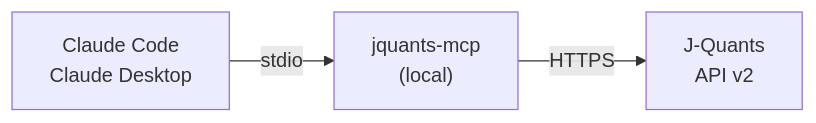
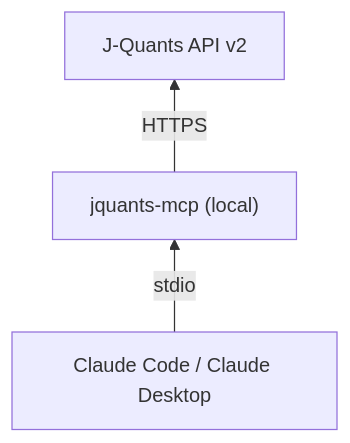
One commit to shigechika/jquants-mcp changed the first of 5 diagrams in docs/deploy/overview.md. Above: the diagram before and after it, drawn with Mermaid. The commit also changed other lines of this file and 5 other files, not shown here.

First line of the commit message:
docs(deploy): add Docker shape, BT mermaid diagrams, and Japanese translations

````diff
--- a/docs/deploy/overview.md
+++ b/docs/deploy/overview.md
@@ -13,5 +14,9 @@
 ```mermaid
-graph LR
-    A["Claude Code<br/>Claude Desktop"] -->|stdio| B["jquants-mcp<br/>(local)"]
-    B -->|HTTPS| C["J-Quants<br/>API v2"]
+graph BT
+    C["J-Quants API v2"]
+    B["jquants-mcp (local)"]
+    A["Claude Code / Claude Desktop"]
+
+    A -->|stdio| B
+    B -->|HTTPS| C
 ```
````
